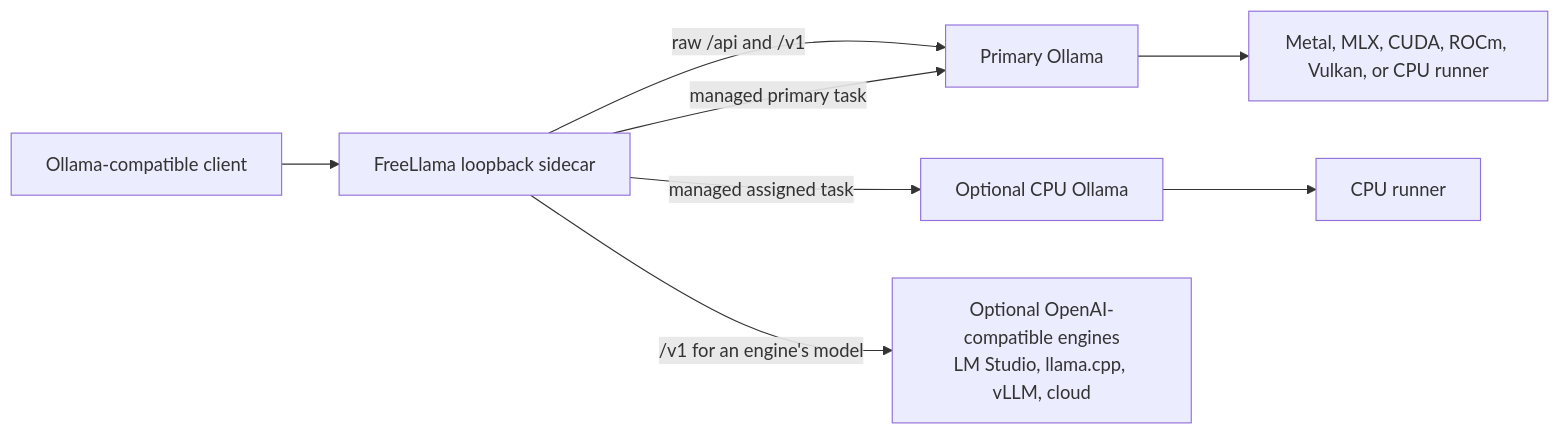
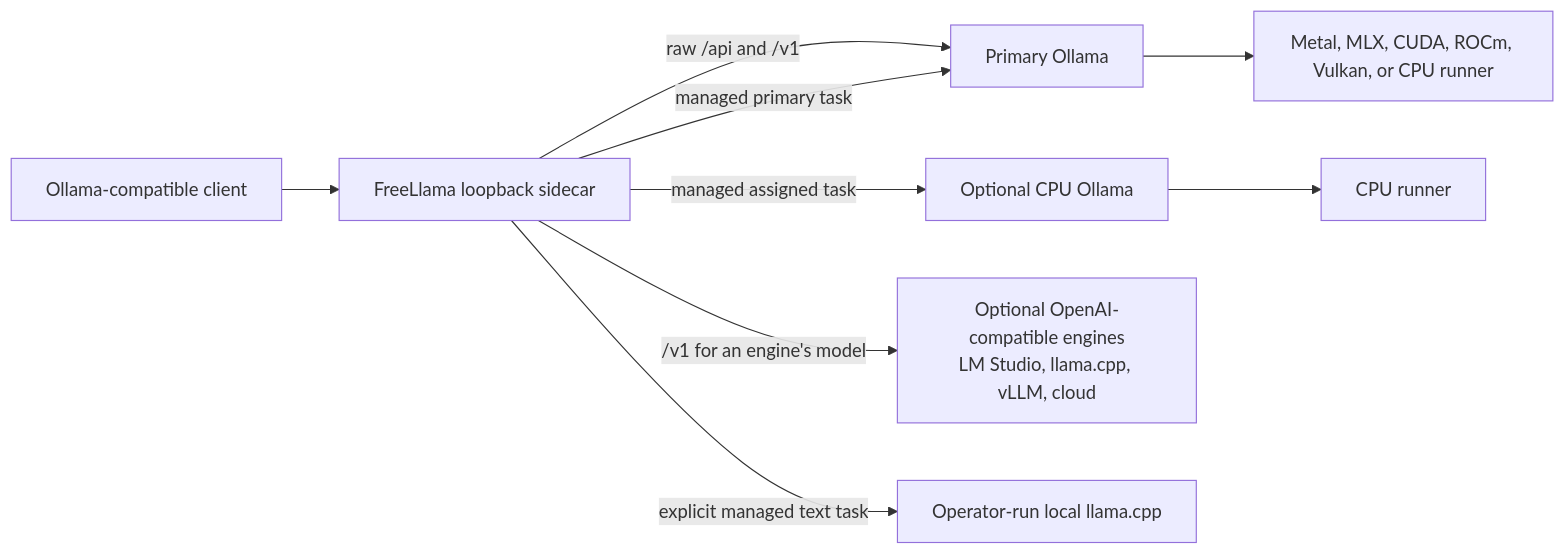
The first of 9 diagrams in docs/ARCHITECTURE.md (bgauryy/FreeLlama), drawn with Mermaid before and after one commit. The commit also changed other lines of this file and 166 other files, not shown here.

````diff
--- a/docs/ARCHITECTURE.md
+++ b/docs/ARCHITECTURE.md
@@ -42,10 +48,11 @@
 ```mermaid
 flowchart LR
     C["Ollama-compatible client"] --> F["FreeLlama loopback sidecar"]
     F -->|"raw /api and /v1"| G["Primary Ollama"]
     F -->|"managed primary task"| G
     F -->|"managed assigned task"| U["Optional CPU Ollama"]
     F -->|"/v1 for an engine's model"| O["Optional OpenAI-compatible engines<br/>LM Studio, llama.cpp, vLLM, cloud"]
+    F -->|"explicit managed text task"| LC["Operator-run local llama.cpp"]
     G --> E["Metal, MLX, CUDA, ROCm, Vulkan, or CPU runner"]
     U --> E2["CPU runner"]
 ```
````
